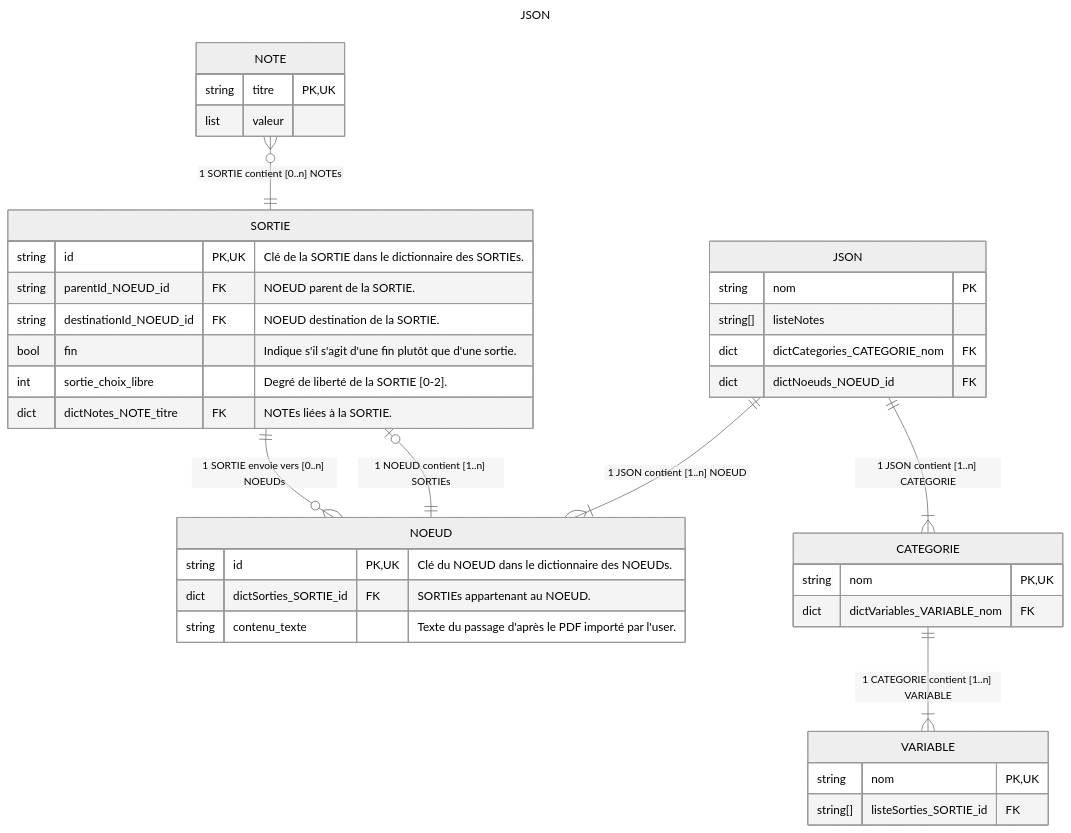
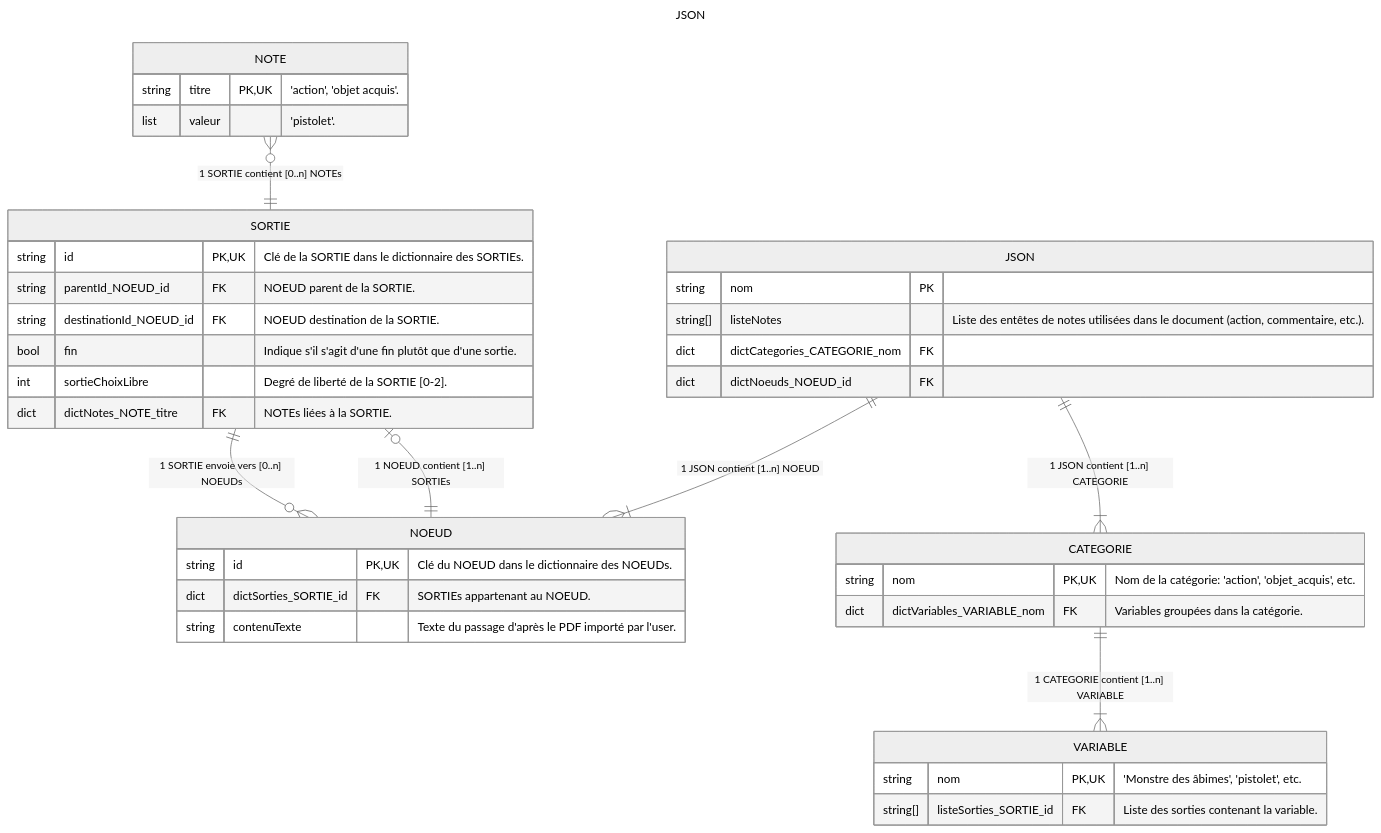
The diagram in projet/er_diagram.md (Hellorelei/Ficus), drawn with Mermaid (neutral theme) before and after one commit.

Commit message:
Added comments for entries in DB schema.

````diff
--- a/projet/er_diagram.md
+++ b/projet/er_diagram.md
@@ -7,44 +7,44 @@
 ```mermaid
 ---
 title: JSON
 ---
 erDiagram
 JSON {
     string nom PK
-    string[] listeNotes
+    string[] listeNotes "Liste des entêtes de notes utilisées dans le document (action, commentaire, etc.)."
     dict dictCategories_CATEGORIE_nom FK
     dict dictNoeuds_NOEUD_id FK
 }
 JSON ||--|{ NOEUD : "1 JSON contient [1..n] NOEUD"
 JSON ||--|{ CATEGORIE : "1 JSON contient [1..n] CATEGORIE"
 CATEGORIE {
-    string nom PK, UK
-    dict dictVariables_VARIABLE_nom FK
+    string nom PK, UK "Nom de la catégorie: 'action', 'objet_acquis', etc."
+    dict dictVariables_VARIABLE_nom FK "Variables groupées dans la catégorie."
 }
 CATEGORIE ||--|{ VARIABLE : "1 CATEGORIE contient [1..n] VARIABLE"
 VARIABLE {
-    string nom PK, UK
-    string[] listeSorties_SORTIE_id FK
+    string nom PK, UK "'Monstre des âbimes', 'pistolet', etc."
+    string[] listeSorties_SORTIE_id FK "Liste des sorties contenant la variable."
 }
 NOEUD {
     string id PK, UK "Clé du NOEUD dans le dictionnaire des NOEUDs."
     dict dictSorties_SORTIE_id FK "SORTIEs appartenant au NOEUD."
-    string contenu_texte "Texte du passage d'après le PDF importé par l'user."
+    string contenuTexte "Texte du passage d'après le PDF importé par l'user."
 }
 SORTIE |o--|| NOEUD : "1 NOEUD contient [1..n] SORTIEs"
 SORTIE ||--o{ NOEUD : "1 SORTIE envoie vers [0..n] NOEUDs"
 SORTIE {
     string id PK, UK "Clé de la SORTIE dans le dictionnaire des SORTIEs."
     string parentId_NOEUD_id FK "NOEUD parent de la SORTIE."
     string destinationId_NOEUD_id FK "NOEUD destination de la SORTIE."
     bool fin "Indique s'il s'agit d'une fin plutôt que d'une sortie."
-    int sortie_choix_libre "Degré de liberté de la SORTIE [0-2]."
+    int sortieChoixLibre "Degré de liberté de la SORTIE [0-2]."
     dict dictNotes_NOTE_titre FK "NOTEs liées à la SORTIE."
 }
 NOTE }o--|| SORTIE : "1 SORTIE contient [0..n] NOTEs"
 NOTE {
-    string titre PK, UK
-    list valeur
+    string titre PK, UK "'action', 'objet acquis'."
+    list valeur "'pistolet'."
 }
 
 ```
````
